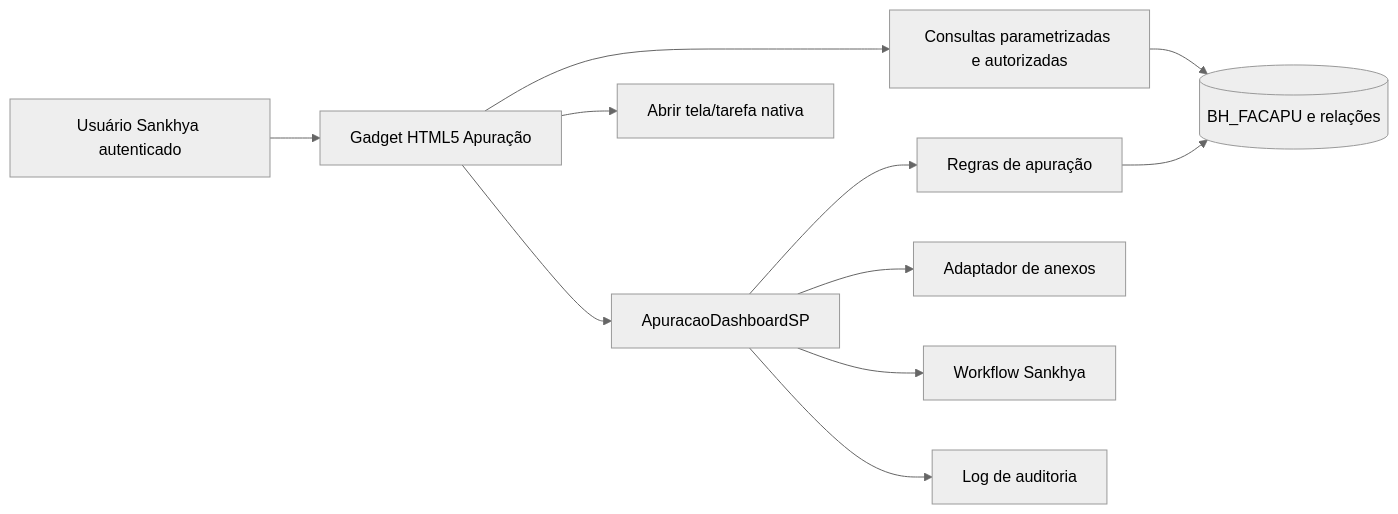
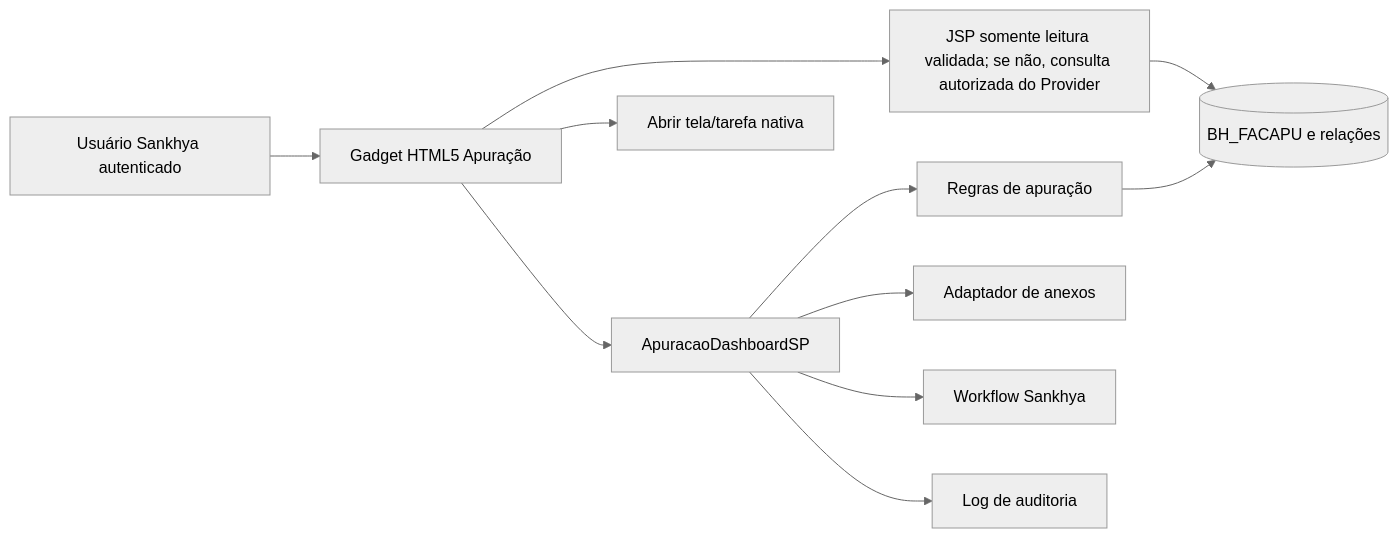
Before and after one commit to thiagoaataide/sankhya-html5: the first of 4 diagrams in .specs/features/facilita-apuracao-faturas/design.md, drawn with Mermaid (neutral theme). The commit also changed other lines of this file and 15 other files, not shown here.

````diff
--- a/.specs/features/facilita-apuracao-faturas/design.md
+++ b/.specs/features/facilita-apuracao-faturas/design.md
@@ -54,13 +66,13 @@
 ```mermaid
 flowchart LR
     U[Usuário Sankhya autenticado] --> UI[Gadget HTML5 Apuração]
-    UI --> Q[Consultas parametrizadas e autorizadas]
+    UI --> Q[JSP somente leitura validada; se não, consulta autorizada do Provider]
     Q --> DB[(BH_FACAPU e relações)]
     UI --> S[ApuracaoDashboardSP]
     S --> R[Regras de apuração]
     R --> DB
     S --> A[Adaptador de anexos]
     S --> W[Workflow Sankhya]
     S --> O[Log de auditoria]
     UI --> N[Abrir tela/tarefa nativa]
 ```
````
